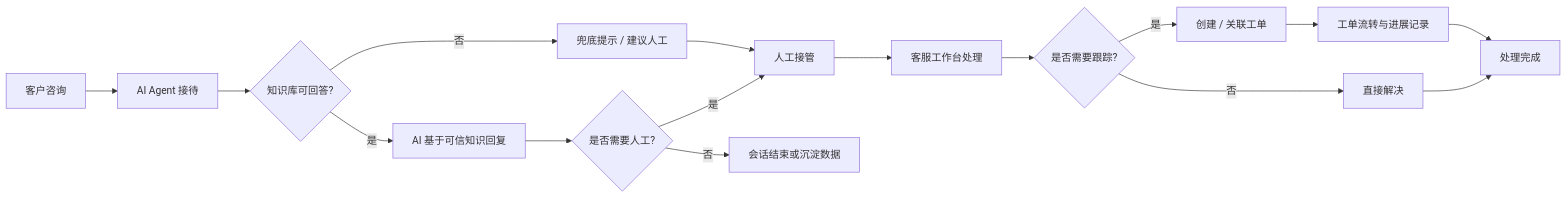
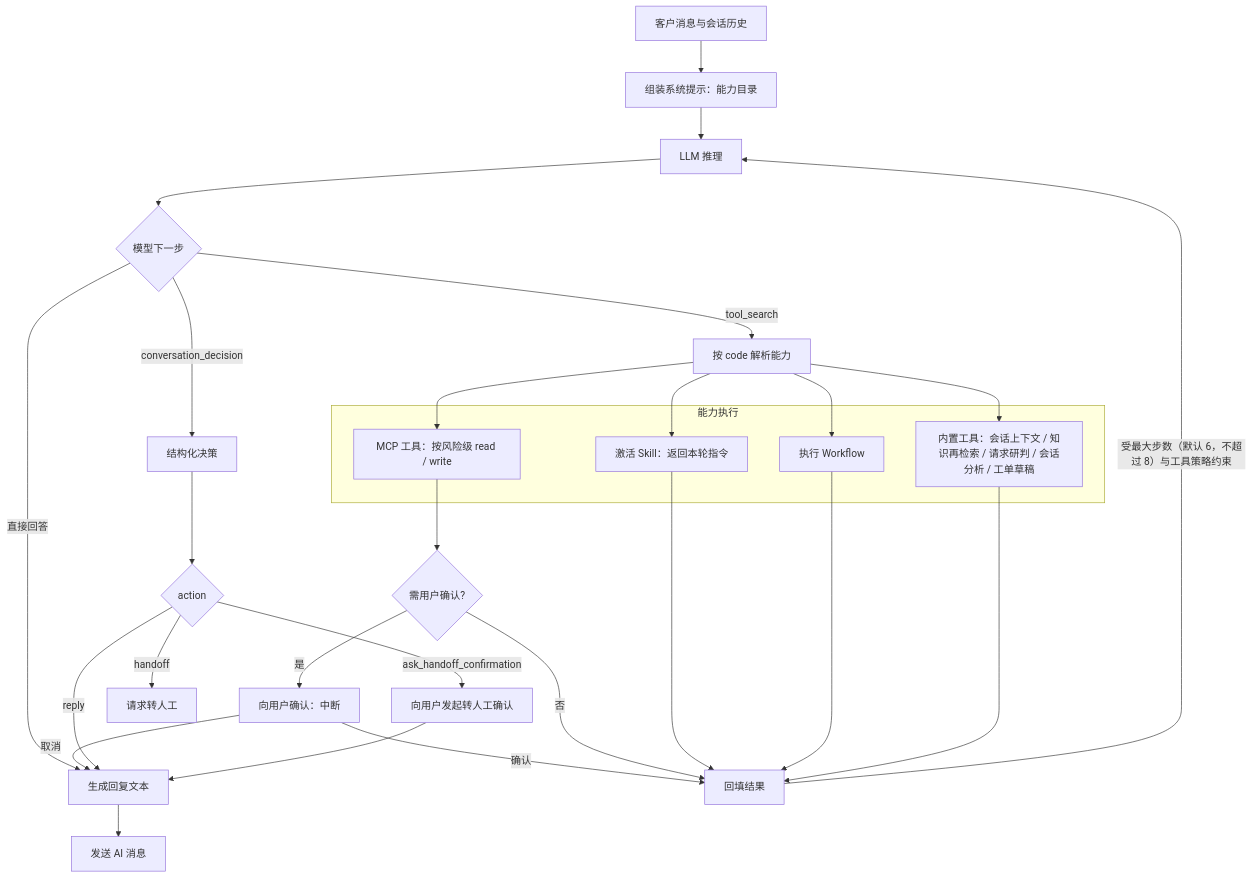
Before and after one commit to koi985/cs-agent: the second of 3 diagrams in README.md, drawn with Mermaid. The commit also changed other lines of this file, not shown here.

````diff
--- a/README.md
+++ b/README.md
@@ -220,18 +239,36 @@
 ```mermaid
-flowchart LR
-    A[客户咨询] --> B[AI Agent 接待]
-    B --> C{知识库可回答?}
-    C -- 是 --> D[AI 基于可信知识回复]
-    C -- 否 --> E[兜底提示 / 建议人工]
-    D --> F{是否需要人工?}
-    E --> G[人工接管]
-    F -- 否 --> H[会话结束或沉淀数据]
-    F -- 是 --> G
-    G --> I[客服工作台处理]
-    I --> J{是否需要跟踪?}
-    J -- 是 --> K[创建 / 关联工单]
-    J -- 否 --> L[直接解决]
-    K --> M[工单流转与进展记录]
-    M --> N[处理完成]
-    L --> N
+flowchart TD
+    IN[客户消息与会话历史] --> P[组装系统提示：能力目录]
+    P --> L[LLM 推理]
+    L --> Q{模型下一步}
+    Q -- tool_search --> TSS[按 code 解析能力]
+    Q -- conversation_decision --> D[结构化决策]
+    Q -- 直接回答 --> OUT[生成回复文本]
+
+    subgraph CAP[能力执行]
+        TS1[激活 Skill：返回本轮指令]
+        TS2[执行 Workflow]
+        TS3[内置工具：会话上下文 / 知识再检索 / 请求研判 / 会话分析 / 工单草稿]
+        TS4[MCP 工具：按风险级 read / write]
+    end
+    TSS --> TS1
+    TSS --> TS2
+    TSS --> TS3
+    TSS --> TS4
+    TS4 --> CONF{需用户确认?}
+    CONF -- 是 --> ASK[向用户确认：中断]
+    ASK -- 确认 --> LOOP[回填结果]
+    ASK -- 取消 --> OUT
+    CONF -- 否 --> LOOP
+    TS1 --> LOOP
+    TS2 --> LOOP
+    TS3 --> LOOP
+    LOOP -->|受最大步数（默认 6，不超过 8）与工具策略约束| L
+
+    D --> J{action}
+    J -- reply --> OUT
+    J -- ask_handoff_confirmation --> CF[向用户发起转人工确认]
+    J -- handoff --> HF[请求转人工]
+    CF --> OUT
+    OUT --> SEND[发送 AI 消息]
 ```
````
